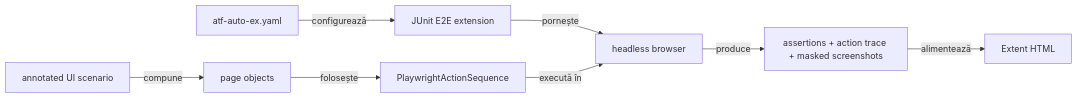
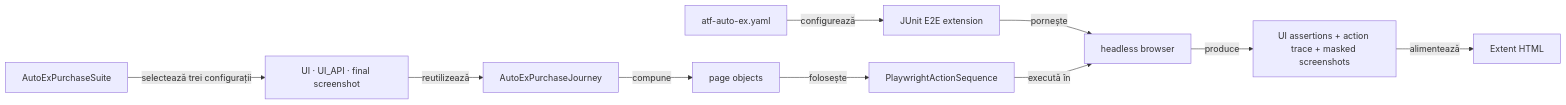
The diagram in atf-test-auto-ex/README.md (crististefanita/demo2), drawn with Mermaid before and after one commit. The commit also changed other lines of this file and 72 other files, not shown here.

Commit message:
Expand UI API evidence and AutoEx journeys

````diff
--- a/atf-test-auto-ex/README.md
+++ b/atf-test-auto-ex/README.md
@@ -31,10 +32,12 @@
 ```mermaid
 flowchart LR
     Config[atf-auto-ex.yaml] -->|configurează| Extension[JUnit E2E extension]
-    Test[annotated UI scenario] -->|compune| Pages[page objects]
+    Suite[AutoExPurchaseSuite] -->|selectează trei configurații| Tests[UI · UI_API · final screenshot]
+    Tests -->|reutilizează| Journey[AutoExPurchaseJourney]
+    Journey -->|compune| Pages[page objects]
     Pages -->|folosește| Actions[PlaywrightActionSequence]
     Extension -->|pornește| Browser[headless browser]
     Actions -->|execută în| Browser
-    Browser -->|produce| Evidence[assertions + action trace + masked screenshots]
+    Browser -->|produce| Evidence[UI assertions + action trace + masked screenshots]
     Evidence -->|alimentează| Extent[Extent HTML]
 ```
````
